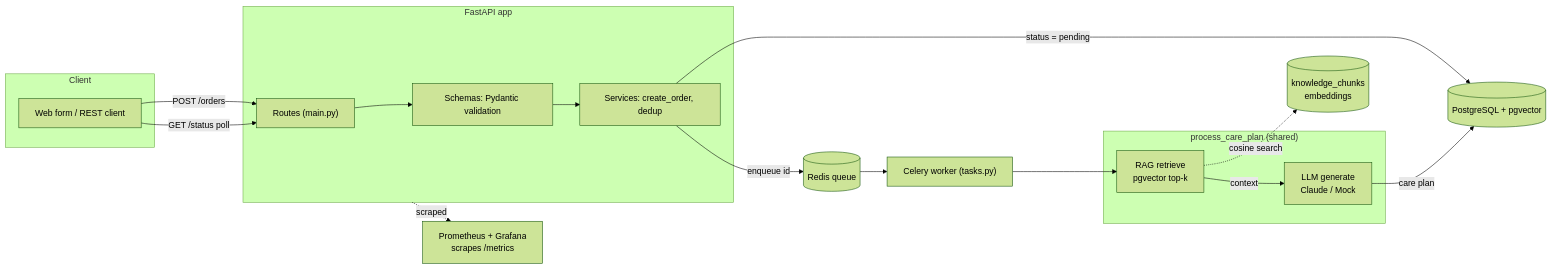
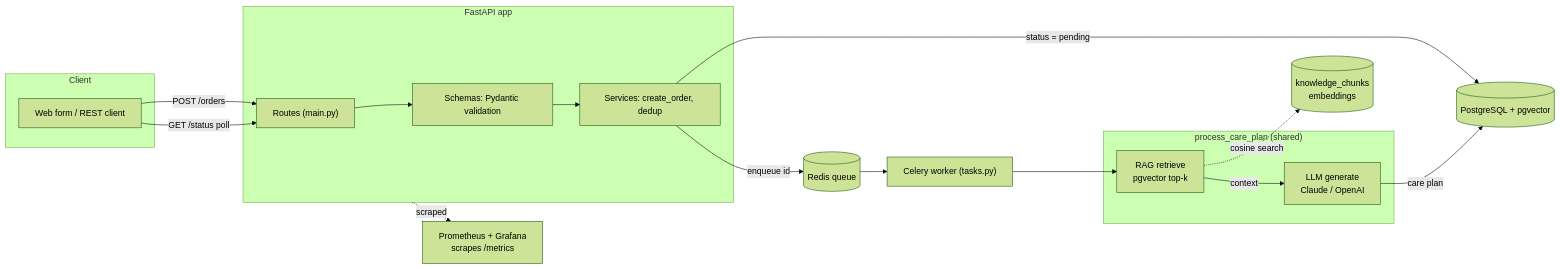
One commit to LijuanTang94/care-plan-rag changed the first of 2 diagrams in README.md. Above: the diagram before and after it, drawn with Mermaid (forest theme). The commit also changed other lines of this file and 31 other files, not shown here.

````diff
--- a/README.md
+++ b/README.md
@@ -17,35 +17,35 @@
 ```mermaid
 flowchart LR
     subgraph Client
         UI["Web form / REST client"]
     end
 
     subgraph API["FastAPI app"]
         R["Routes (main.py)"]
         S["Services: create_order, dedup"]
         SC["Schemas: Pydantic validation"]
     end
 
     Q[("Redis queue")]
     W["Celery worker (tasks.py)"]
 
     subgraph Generation["process_care_plan (shared)"]
         RET["RAG retrieve<br/>pgvector top-k"]
-        LLM["LLM generate<br/>Claude / Mock"]
+        LLM["LLM generate<br/>Claude / OpenAI"]
     end
 
     DB[("PostgreSQL + pgvector")]
     KB[("knowledge_chunks<br/>embeddings")]
 
     UI -->|"POST /orders"| R --> SC --> S
     S -->|"status = pending"| DB
     S -->|"enqueue id"| Q
     Q --> W --> RET
     RET -->|"context"| LLM
     RET -.->|"cosine search"| KB
     LLM -->|"care plan"| DB
     UI -->|"GET /status poll"| R
 
     MON["Prometheus + Grafana<br/>scrapes /metrics"]
     API -.->|"scraped"| MON
 ```
````
